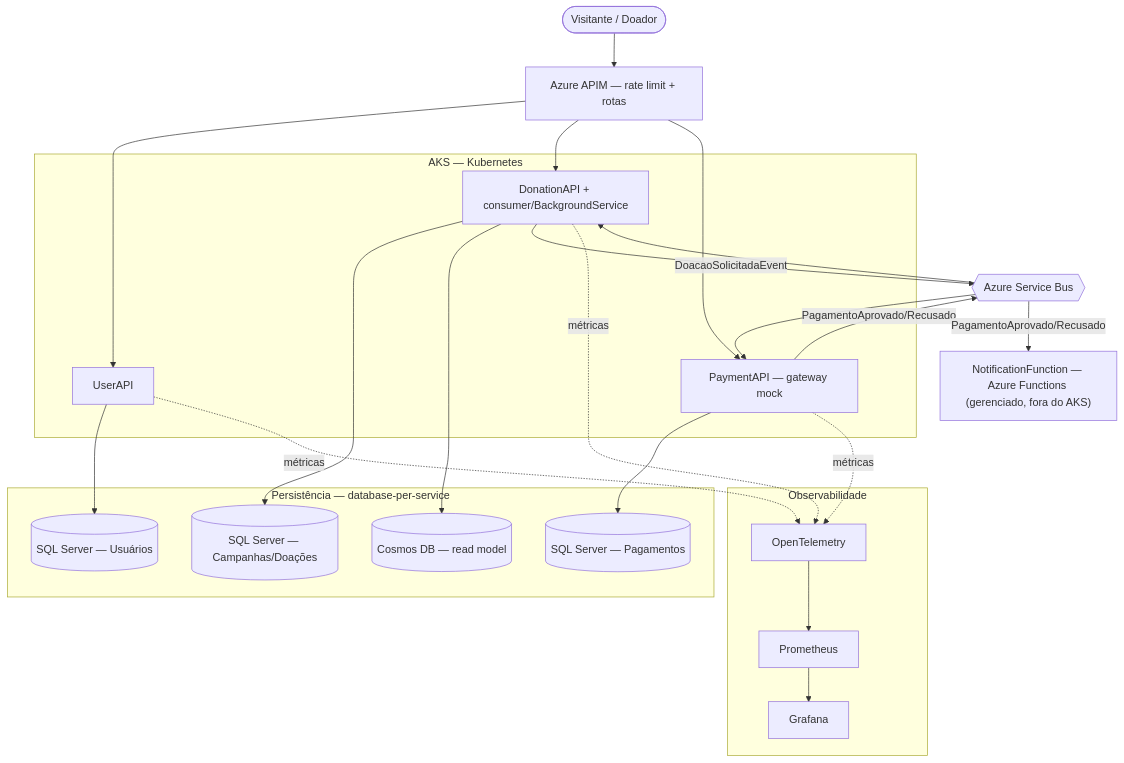
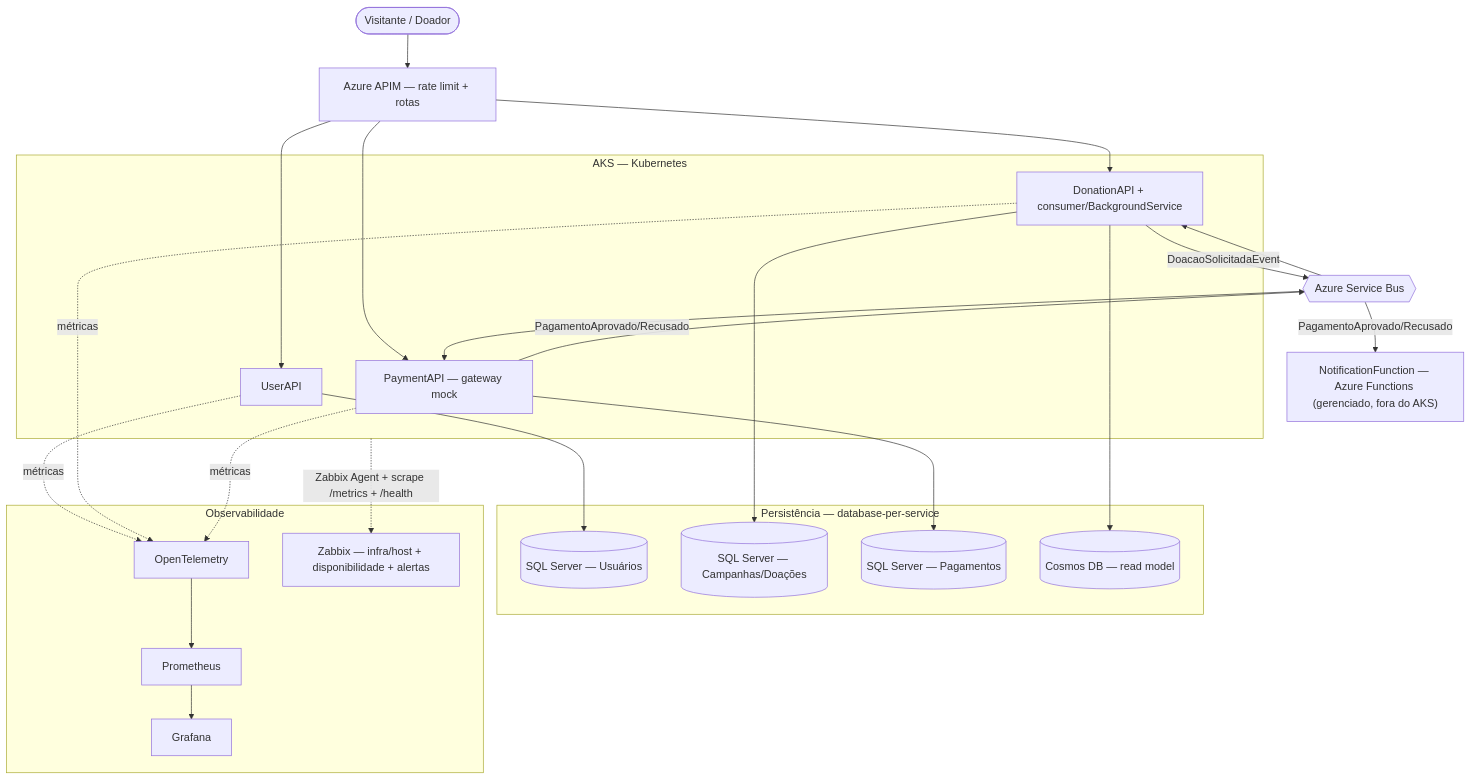
One commit to GabrielVeridico/hackaton-fiap-documentation changed the diagram in 04 - Arquitetura/Visão Geral de Arquitetura.md. Above: the diagram before and after it, drawn with Mermaid. The commit also changed other lines of this file and 5 other files, not shown here.

````diff
--- a/04 - Arquitetura/Visão Geral de Arquitetura.md
+++ b/04 - Arquitetura/Visão Geral de Arquitetura.md
@@ -24,46 +24,48 @@
 ```mermaid
 flowchart TB
     User(["Visitante / Doador"])
     APIM["Azure APIM — rate limit + rotas"]
 
     subgraph AKS["AKS — Kubernetes"]
         UserAPI["UserAPI"]
         DonationAPI["DonationAPI + consumer/BackgroundService"]
         PaymentAPI["PaymentAPI — gateway mock"]
     end
 
     SB{{"Azure Service Bus"}}
     NotifFn["NotificationFunction — Azure Functions (gerenciado, fora do AKS)"]
 
     subgraph Dados["Persistência — database-per-service"]
         SQLUser[("SQL Server — Usuários")]
         SQLDon[("SQL Server — Campanhas/Doações")]
         SQLPay[("SQL Server — Pagamentos")]
         Cosmos[("Cosmos DB — read model")]
     end
 
     subgraph Obs["Observabilidade"]
         Otel["OpenTelemetry"]
         Prom["Prometheus"]
         Graf["Grafana"]
+        Zbx["Zabbix — infra/host + disponibilidade + alertas"]
     end
 
     User --> APIM
     APIM --> UserAPI
     APIM --> DonationAPI
     APIM --> PaymentAPI
     UserAPI --> SQLUser
     DonationAPI --> SQLDon
     DonationAPI --> Cosmos
     PaymentAPI --> SQLPay
     DonationAPI -- "DoacaoSolicitadaEvent" --> SB
     SB --> PaymentAPI
     PaymentAPI -- "PagamentoAprovado/Recusado" --> SB
     SB --> DonationAPI
     SB -- "PagamentoAprovado/Recusado" --> NotifFn
     UserAPI -. métricas .-> Otel
     DonationAPI -. métricas .-> Otel
     PaymentAPI -. métricas .-> Otel
     Otel --> Prom
     Prom --> Graf
+    AKS -. "Zabbix Agent + scrape /metrics + /health" .-> Zbx
 ```
````
